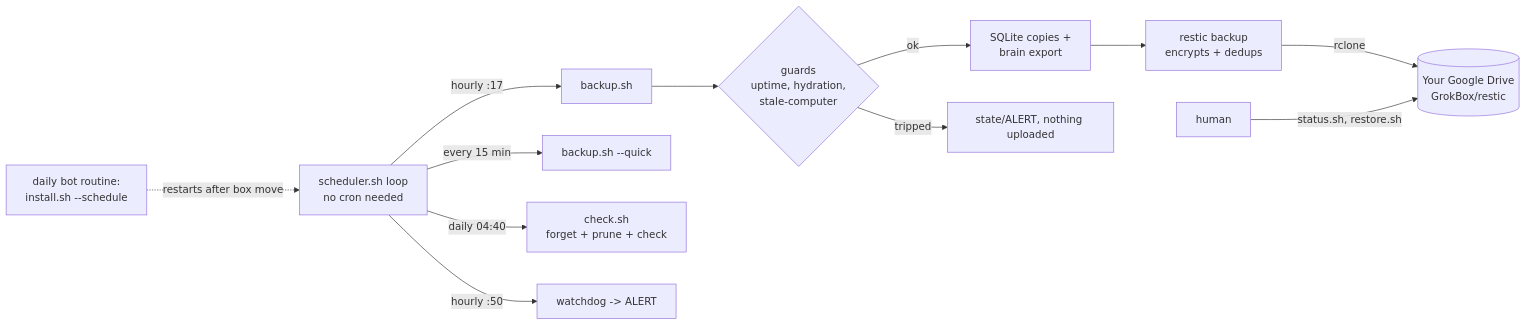
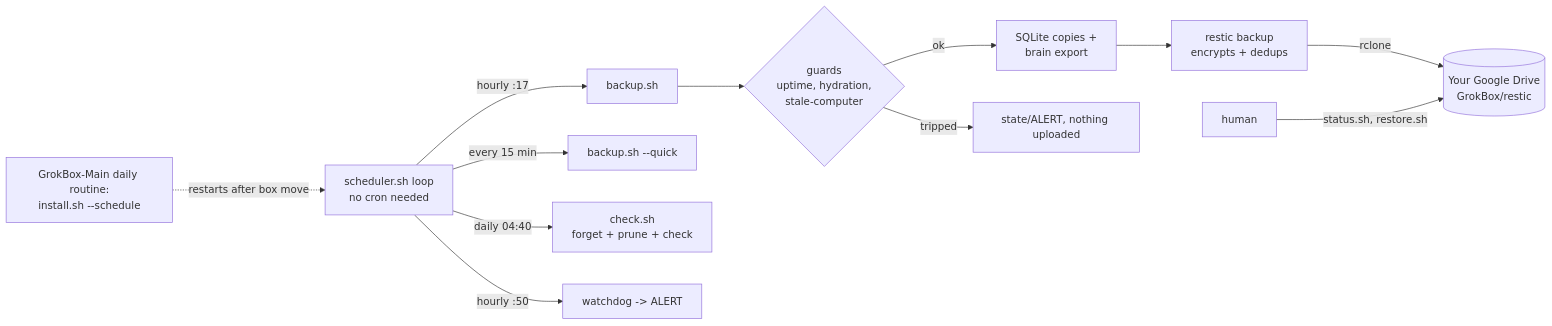
The first of 2 diagrams in README.md (dorukardahan/grokbox), drawn with Mermaid before and after one commit. The commit also changed other lines of this file and 8 other files, not shown here.

First line of the commit message:
Two backup bots: GrokBox-Main + GrokBox-Assist

````diff
--- a/README.md
+++ b/README.md
@@ -18,14 +18,14 @@
 ```mermaid
 flowchart LR
   S[scheduler.sh loop<br/>no cron needed] -->|hourly :17| B[backup.sh]
   S -->|every 15 min| Q[backup.sh --quick]
   S -->|daily 04:40| C[check.sh<br/>forget + prune + check]
   S -->|hourly :50| W[watchdog -> ALERT]
   B --> G{guards<br/>uptime, hydration,<br/>stale-computer}
   G -->|ok| P[SQLite copies +<br/>brain export]
   P --> R[restic backup<br/>encrypts + dedups]
   G -->|tripped| A[state/ALERT, nothing uploaded]
   R -->|rclone| D[(Your Google Drive<br/>GrokBox/restic)]
-  Wd[daily bot routine:<br/>install.sh --schedule] -.restarts after box move.-> S
+  Wd[GrokBox-Main daily routine:<br/>install.sh --schedule] -.restarts after box move.-> S
   H[human] -->|status.sh, restore.sh| D
 ```
````
